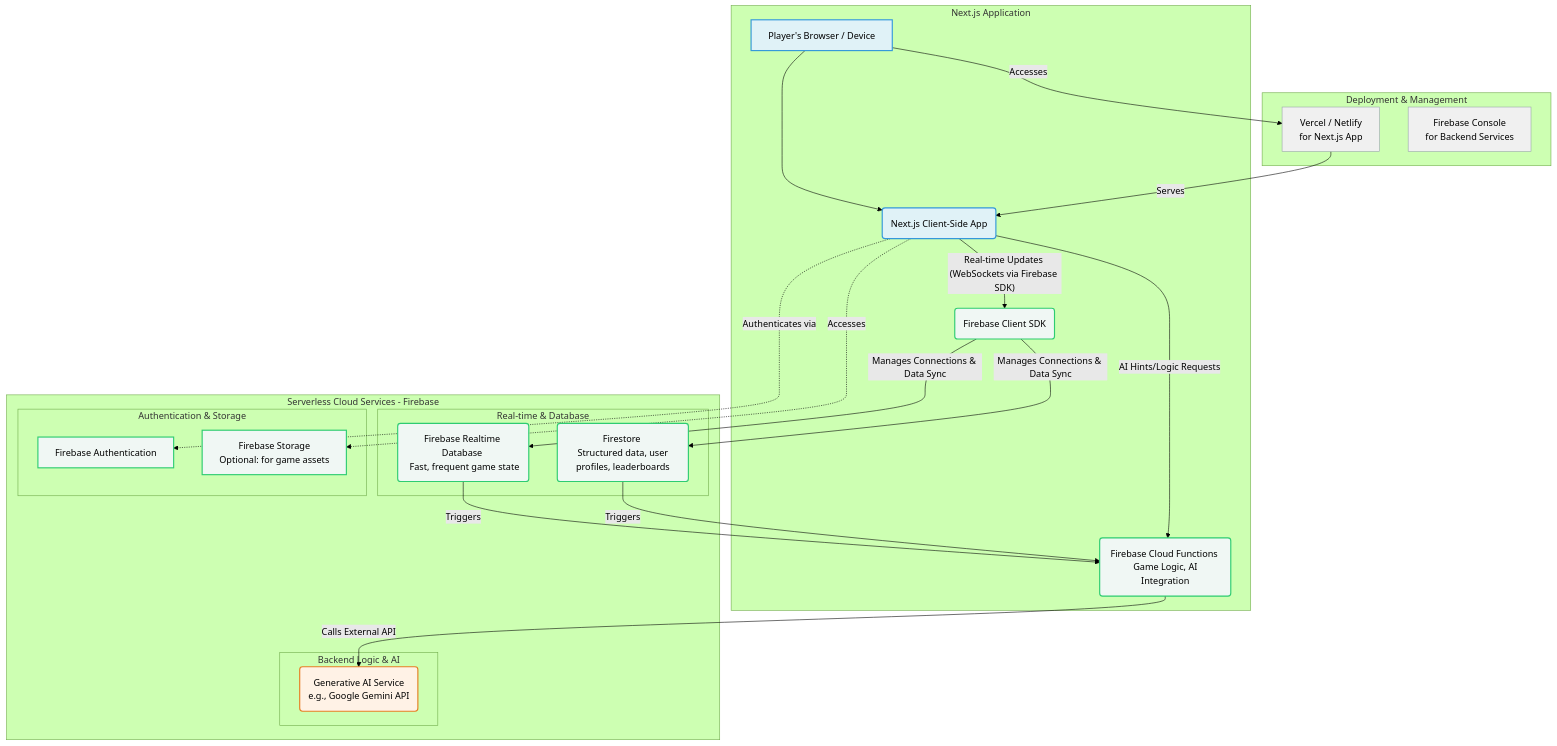
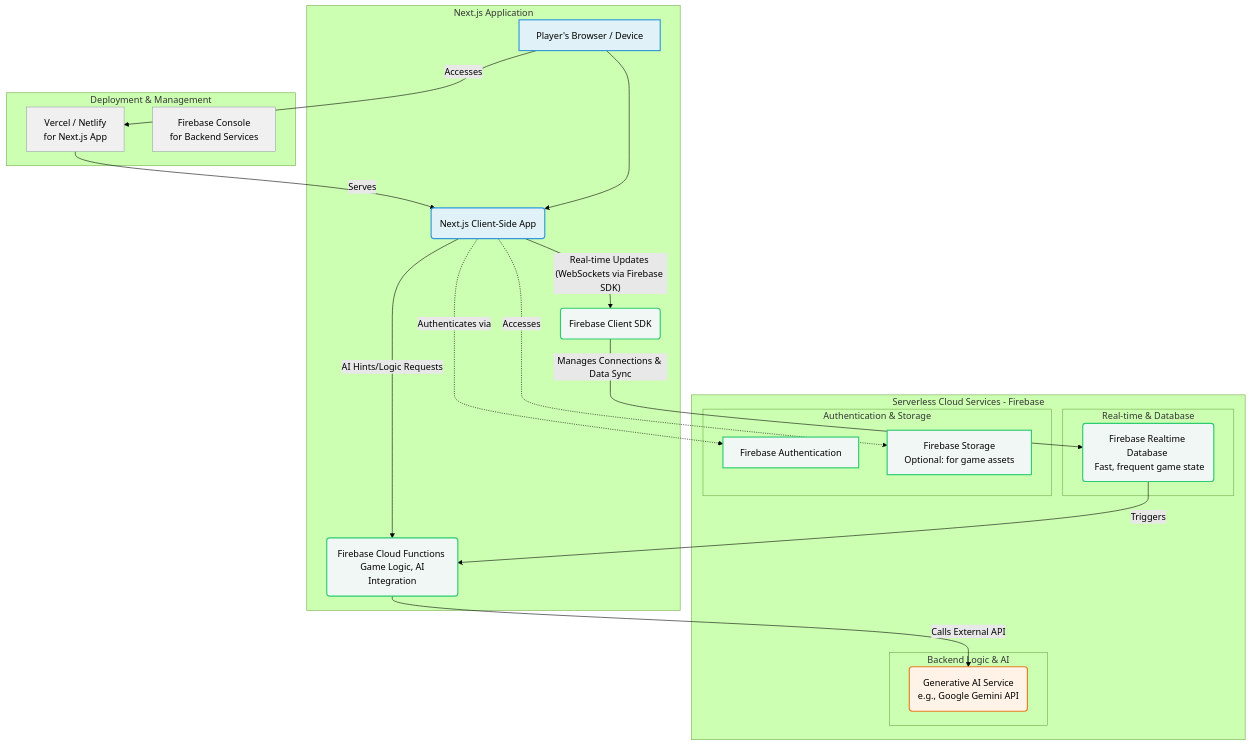
One commit to fejj182/word-chaser changed the diagram in docs/diagrams/initial-architecture.md. Above: the diagram before and after it, drawn with Mermaid (forest theme). The commit also changed 7 other files, not shown here.

Commit message:
Remove references to firestore as part of architecture

````diff
--- a/docs/diagrams/initial-architecture.md
+++ b/docs/diagrams/initial-architecture.md
@@ -1,49 +1,46 @@
 ```mermaid
 graph TD
     subgraph Frontend ["Next.js Application"]
         A[Player's Browser / Device] --> B(Next.js Client-Side App)
         B -- Real-time Updates (WebSockets via Firebase SDK) --> C(Firebase Client SDK)
         B -- AI Hints/Logic Requests --> E
     end
 
     subgraph Backend ["Serverless Cloud Services - Firebase"]
         subgraph Real-time & Database
             C -- Manages Connections & Data Sync --> D1(Firebase Realtime Database <br> Fast, frequent game state)
-            C -- Manages Connections & Data Sync --> D2(Firestore <br> Structured data, user profiles, leaderboards)
             D1 -- Triggers --> E
-            D2 -- Triggers --> E
         end
 
         subgraph Serverless Functions ["Backend Logic & AI"]
             E(Firebase Cloud Functions <br> Game Logic, AI Integration)
             E -- Calls External API --> F(Generative AI Service <br> e.g., Google Gemini API)
         end
 
         subgraph Authentication & Storage
             G[Firebase Authentication]
             H[Firebase Storage <br> Optional: for game assets]
         end
     end
 
     subgraph Deployment & Management
         I[Vercel / Netlify <br> for Next.js App]
         J[Firebase Console <br> for Backend Services]
     end
 
     A -- Accesses --> I
     I -- Serves --> B
     B -. Authenticates via .-> G
     B -. Accesses .-> H
 
     style A fill:#e0f2f7,stroke:#3498db,stroke-width:2px
     style B fill:#e0f2f7,stroke:#3498db,stroke-width:2px
     style C fill:#f0f7f4,stroke:#2ecc71,stroke-width:2px
     style D1 fill:#f0f7f4,stroke:#2ecc71,stroke-width:2px
-    style D2 fill:#f0f7f4,stroke:#2ecc71,stroke-width:2px
     style E fill:#f0f7f4,stroke:#2ecc71,stroke-width:2px
     style F fill:#fff2e6,stroke:#e67e22,stroke-width:2px
     style G fill:#f0f7f4,stroke:#2ecc71,stroke-width:2px
     style H fill:#f0f7f4,stroke:#2ecc71,stroke-width:2px
     style I fill:#f0f0f0,stroke:#95a5a6,stroke-width:1px
     style J fill:#f0f0f0,stroke:#95a5a6,stroke-width:1px
 ```
````
